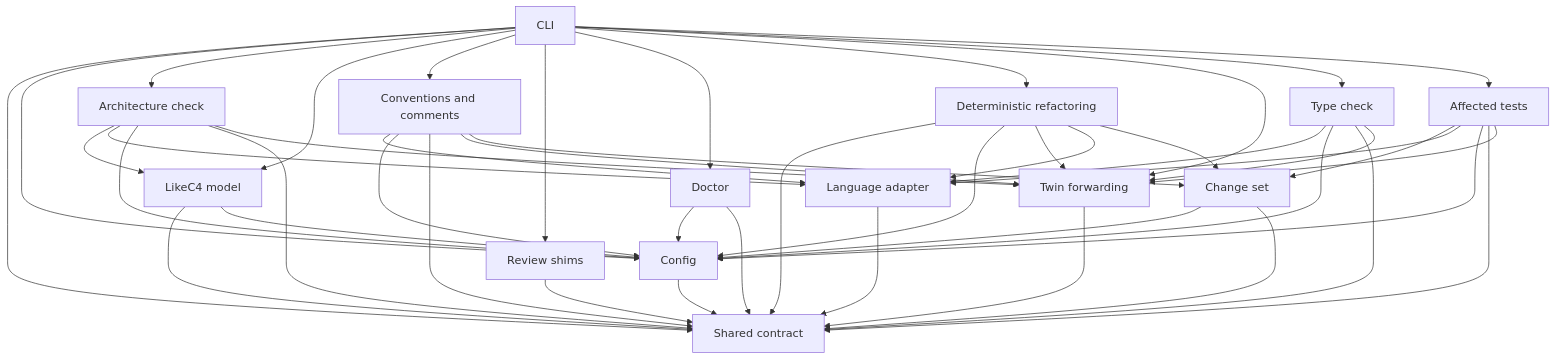
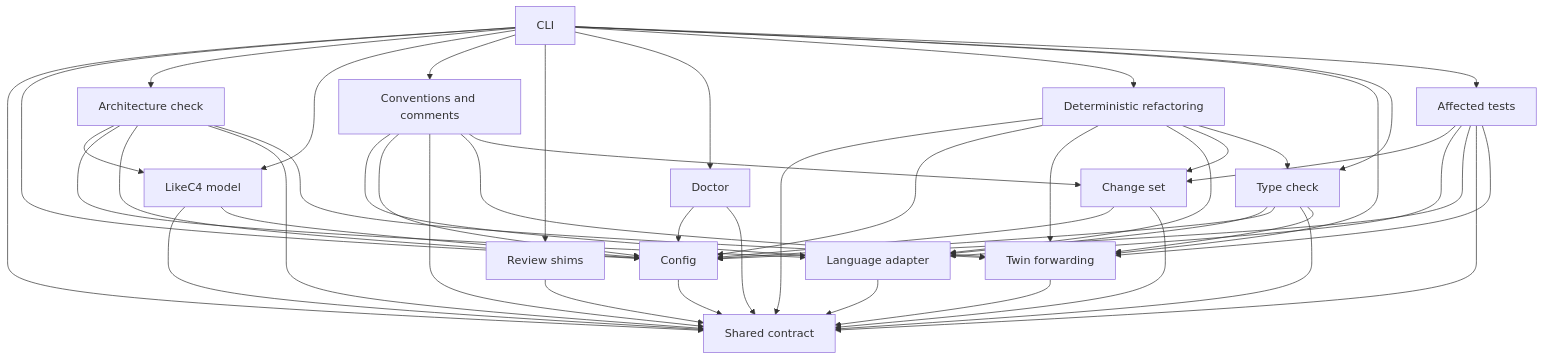
Before and after one commit to MotleyAI/living-architecture: the first of 2 diagrams in architecture/system.arc42.md, drawn with Mermaid. The commit also changed 1 other file, not shown here.

Commit message:
refactor -> typecheck in the python root (decision 8; approved)

````diff
--- a/architecture/system.arc42.md
+++ b/architecture/system.arc42.md
@@ -13,63 +13,64 @@
 ```mermaid
 flowchart TD
   %% system: Living-architecture commands
   contract["Shared contract"]
   config["Config"]
   cli["CLI"]
   c4["LikeC4 model"]
   archcheck["Architecture check"]
   lang["Language adapter"]
   conventions["Conventions and comments"]
   review["Review shims"]
   doctor["Doctor"]
   refactor["Deterministic refactoring"]
   twin["Twin forwarding"]
   typecheck["Type check"]
   changes["Change set"]
   affected["Affected tests"]
   cli --> contract
   cli --> config
   cli --> archcheck
   cli --> c4
   cli --> conventions
   cli --> review
   cli --> doctor
   cli --> refactor
   archcheck --> c4
   archcheck --> lang
   archcheck --> config
   archcheck --> contract
   conventions --> lang
   conventions --> config
   conventions --> contract
   c4 --> contract
   c4 --> config
   config --> contract
   review --> contract
   doctor --> config
   doctor --> contract
   refactor --> contract
   cli --> twin
   archcheck --> twin
   twin --> contract
   cli --> typecheck
   typecheck --> lang
   typecheck --> config
   typecheck --> contract
   typecheck --> twin
   conventions --> twin
   refactor --> config
   refactor --> twin
   cli --> affected
   affected --> changes
   affected --> lang
   affected --> config
   affected --> contract
   affected --> twin
   conventions --> changes
   changes --> config
   changes --> contract
   refactor --> lang
   refactor --> changes
+  refactor --> typecheck
   lang --> contract
 ```
````
